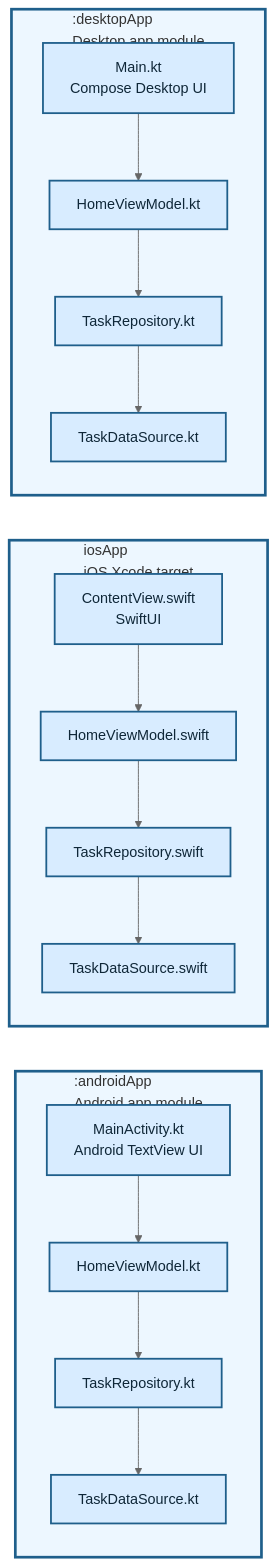
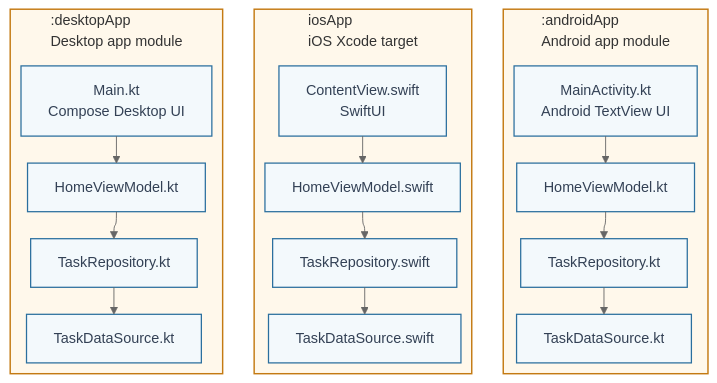
The diagram in diagrams/01-normal-native.md (TheSetox/kmp-sample-diagrams), drawn with Mermaid (neutral theme) before and after one commit. The commit also changed 42 other files, not shown here.

Commit message:
Redesign Mermaid architecture diagrams

````diff
--- a/diagrams/01-normal-native.md
+++ b/diagrams/01-normal-native.md
@@ -5,37 +5,41 @@
 ```mermaid
+---
+config:
+  layout: elk
+  elk:
+    nodePlacementStrategy: LINEAR_SEGMENTS
+---
 flowchart TB
   subgraph Android[":androidApp\nAndroid app module"]
     direction TB
     AUI["MainActivity.kt\nAndroid TextView UI"]
     AVM["HomeViewModel.kt"]
     ARepository["TaskRepository.kt"]
     ADataSource["TaskDataSource.kt"]
     AUI --> AVM --> ARepository --> ADataSource
   end
 
   subgraph IOS["iosApp\niOS Xcode target"]
     direction TB
     IUI["ContentView.swift\nSwiftUI"]
     IVM["HomeViewModel.swift"]
     IRepository["TaskRepository.swift"]
     IDataSource["TaskDataSource.swift"]
     IUI --> IVM --> IRepository --> IDataSource
   end
 
   subgraph Desktop[":desktopApp\nDesktop app module"]
     direction TB
     DUI["Main.kt\nCompose Desktop UI"]
     DVM["HomeViewModel.kt"]
     DRepository["TaskRepository.kt"]
     DDataSource["TaskDataSource.kt"]
     DUI --> DVM --> DRepository --> DDataSource
   end
 
-  DUI ~~~ IUI ~~~ AUI
-
-  classDef app fill:#d8ecff,stroke:#1f5f8b,color:#0f2738,stroke-width:2px;
+  classDef app fill:#f3f9fc,stroke:#2b6f9e,color:#334155,stroke-width:1.4px;
   class AUI,AVM,ARepository,ADataSource,IUI,IVM,IRepository,IDataSource,DUI,DVM,DRepository,DDataSource app;
-  style Android fill:#edf7ff,stroke:#1f5f8b,stroke-width:3px
-  style IOS fill:#edf7ff,stroke:#1f5f8b,stroke-width:3px
-  style Desktop fill:#edf7ff,stroke:#1f5f8b,stroke-width:3px
+  style Android fill:#fff8eb,stroke:#c47a12,stroke-width:1.6px
+  style IOS fill:#fff8eb,stroke:#c47a12,stroke-width:1.6px
+  style Desktop fill:#fff8eb,stroke:#c47a12,stroke-width:1.6px
 ```
````
